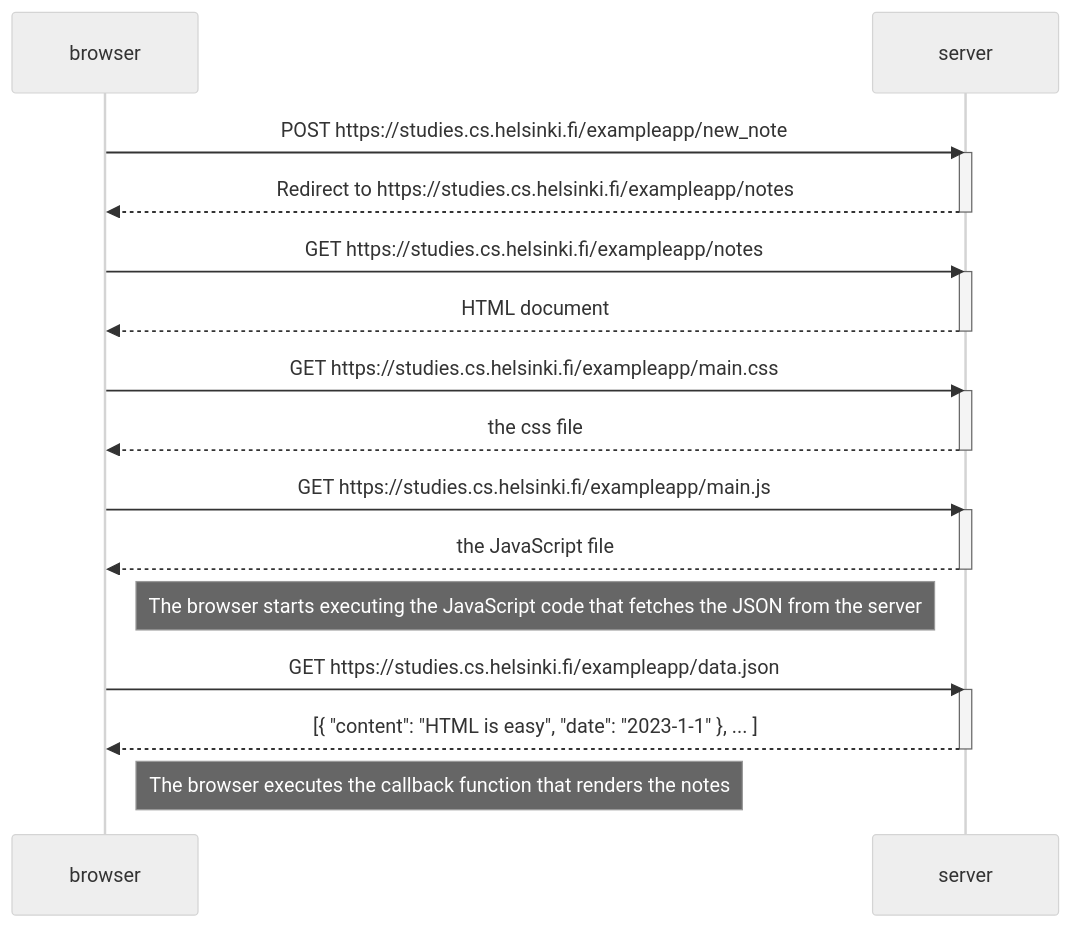
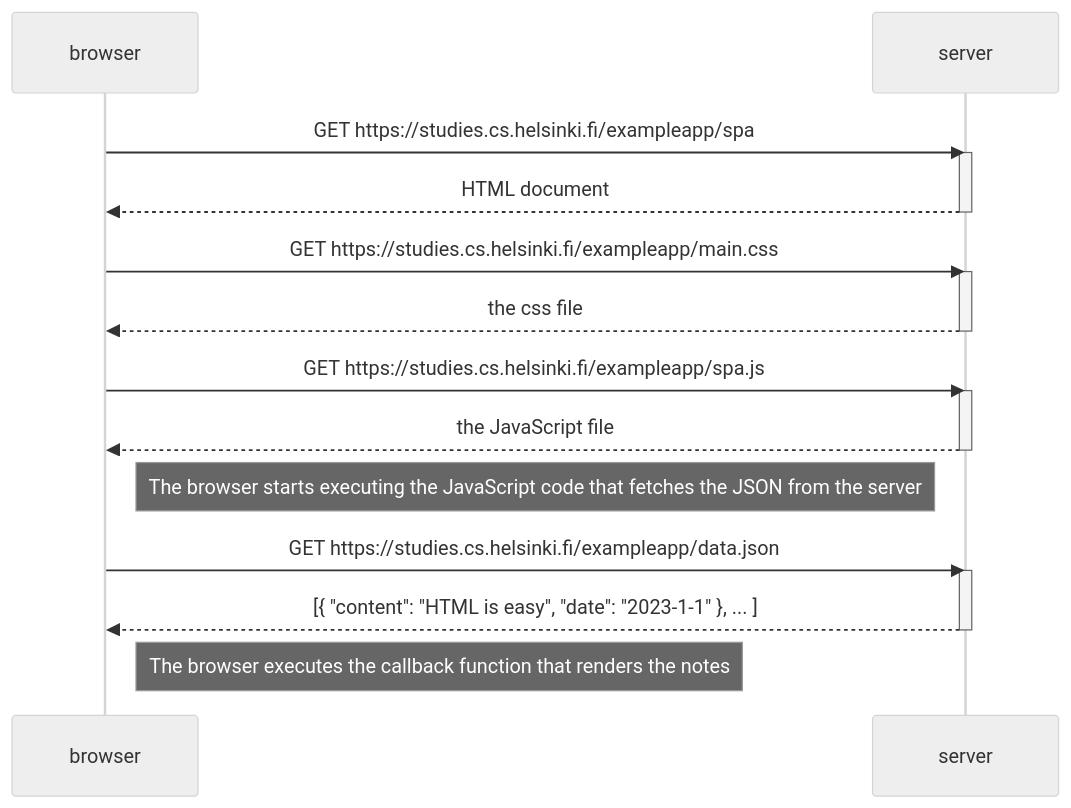
One commit to anttiharju/fullstackopen changed the diagram in part0/0.5/spa-mermaid.md. Above: the diagram before and after it, drawn with Mermaid (neutral theme).

Commit message:
Complete 0.5

````diff
--- a/part0/0.5/spa-mermaid.md
+++ b/part0/0.5/spa-mermaid.md
@@ -1,34 +1,29 @@
 ```mermaid
 sequenceDiagram
     participant browser
     participant server
 
-    browser->>server: POST https://studies.cs.helsinki.fi/exampleapp/new_note
-    activate server
-    server-->>browser: Redirect to https://studies.cs.helsinki.fi/exampleapp/notes
-    deactivate server
-
-    browser->>server: GET https://studies.cs.helsinki.fi/exampleapp/notes
+    browser->>server: GET https://studies.cs.helsinki.fi/exampleapp/spa
     activate server
     server-->>browser: HTML document
     deactivate server
 
     browser->>server: GET https://studies.cs.helsinki.fi/exampleapp/main.css
     activate server
     server-->>browser: the css file
     deactivate server
 
-    browser->>server: GET https://studies.cs.helsinki.fi/exampleapp/main.js
+    browser->>server: GET https://studies.cs.helsinki.fi/exampleapp/spa.js
     activate server
     server-->>browser: the JavaScript file
     deactivate server
 
     Note right of browser: The browser starts executing the JavaScript code that fetches the JSON from the server
 
     browser->>server: GET https://studies.cs.helsinki.fi/exampleapp/data.json
     activate server
     server-->>browser: [{ "content": "HTML is easy", "date": "2023-1-1" }, ... ]
     deactivate server
 
     Note right of browser: The browser executes the callback function that renders the notes
 ```
````
